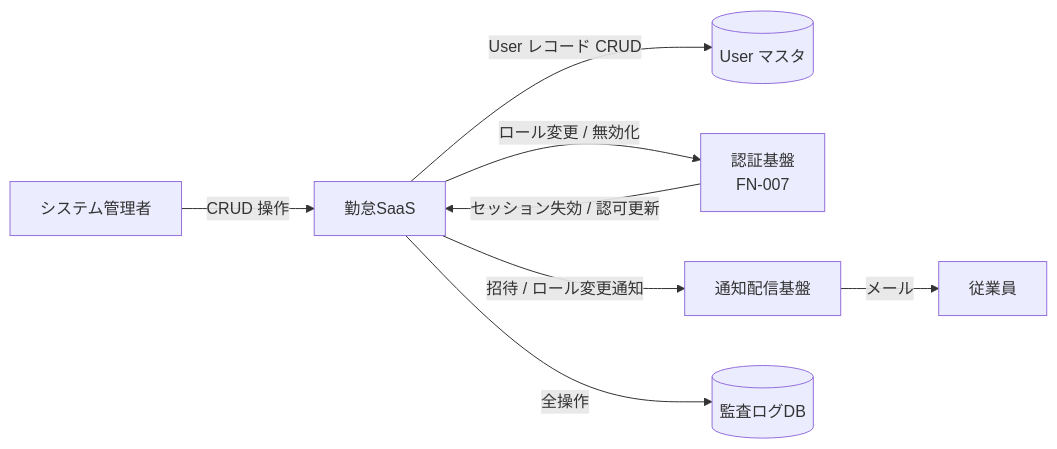
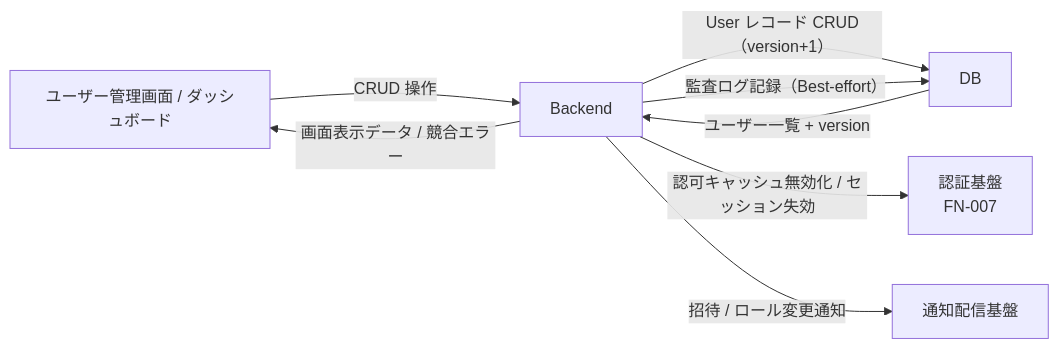
One commit to einja-inc/einja-management-template changed the third of 3 diagrams in docs/einja/example/specs/projects/sample-attendance-saas/function-specs/function-spec-sample-attendance-saas__flow__master_management.md. Above: the diagram before and after it, drawn with Mermaid. The commit also changed other lines of this file and 7 other files, not shown here.

````diff
--- a/docs/einja/example/specs/projects/sample-attendance-saas/function-specs/function-spec-sample-attendance-saas__flow__master_management.md
+++ b/docs/einja/example/specs/projects/sample-attendance-saas/function-specs/function-spec-sample-attendance-saas__flow__master_management.md
@@ -161,10 +326,10 @@
 ```mermaid
 flowchart LR
-    Admin[システム管理者] -->|CRUD 操作| Sys[勤怠SaaS]
-    Sys -->|User レコード CRUD| DB[(User マスタ)]
-    Sys -->|ロール変更 / 無効化| Auth[認証基盤<br/>FN-007]
-    Auth -->|セッション失効 / 認可更新| Sys
-    Sys -->|招待 / ロール変更通知| N[通知配信基盤]
-    N -->|メール| Emp[従業員]
-    Sys -->|全操作| Log[(監査ログDB)]
+    Browser[ ユーザー管理画面 / ダッシュボード ] -->|CRUD 操作| Backend[ Backend ]
+    Backend -->|User レコード CRUD（version+1）| DB[ DB ]
+    DB -->|ユーザー一覧 + version| Backend
+    Backend -->|画面表示データ / 競合エラー| Browser
+    Backend -->|監査ログ記録（Best-effort）| DB
+    Backend -->|認可キャッシュ無効化 / セッション失効| Auth[ 認証基盤<br/>FN-007 ]
+    Backend -->|招待 / ロール変更通知| N[ 通知配信基盤 ]
 ```
````
